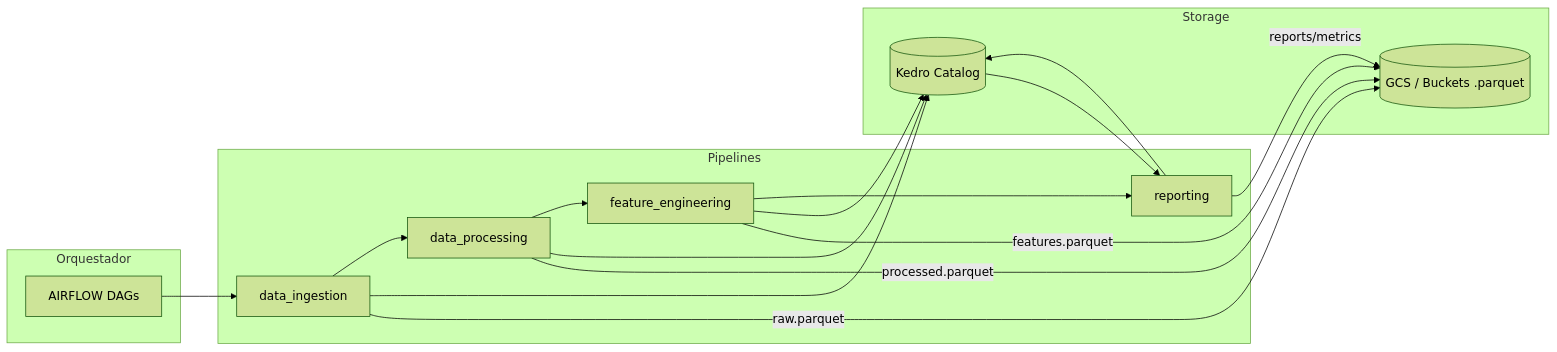
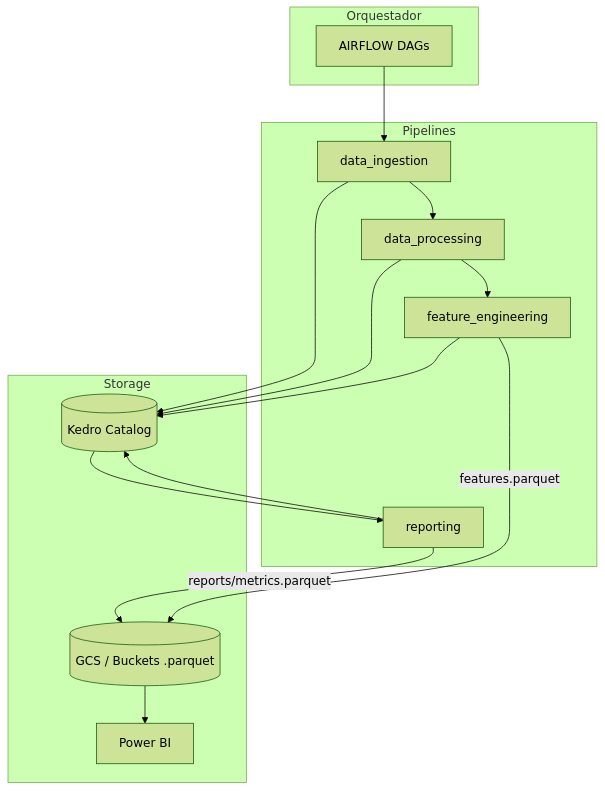
One commit to J-Lopez-IICG/Lomar-ModernStack changed the diagram in README.md. Above: the diagram before and after it, drawn with Mermaid (forest theme). The commit also changed other lines of this file, not shown here.

Commit message:
docs: readmev3

````diff
--- a/README.md
+++ b/README.md
@@ -29,36 +29,34 @@
 ```mermaid
-flowchart LR
-	subgraph Orquestador
-		Airflow[AIRFLOW DAGs]
-	end
+flowchart TB
+  subgraph Orquestador
+    Airflow[AIRFLOW DAGs]
+  end
 
-	subgraph Pipelines
-		DI[data_ingestion]
-		DP[data_processing]
-		FE[feature_engineering]
-		RP[reporting]
-	end
+  subgraph Pipelines
+    DI[data_ingestion]
+    DP[data_processing]
+    FE[feature_engineering]
+    RP[reporting]
+  end
 
-	subgraph Storage
-		GCS[(GCS / Buckets .parquet)]
-		Catalog[(Kedro Catalog)]
-	end
+  subgraph Storage
+    GCS[(GCS / Buckets .parquet)]
+    Catalog[(Kedro Catalog)]
+    PowerBI[Power BI]
+  end
 
-	Airflow --> DI
-	DI -->|raw.parquet| GCS
-	DI --> Catalog
-	DP -->|processed.parquet| GCS
-	DP --> Catalog
-	FE -->|features.parquet| GCS
-	FE --> Catalog
-	RP -->|reports/metrics| GCS
-	RP --> Catalog
+  Airflow --> DI
+  DI --> Catalog
+  DI --> DP
+  DP --> Catalog
+  DP --> FE
+  FE --> Catalog
+  FE -->|features.parquet| GCS
+  RP --> Catalog
+  RP -->|reports/metrics.parquet| GCS
+  GCS --> PowerBI
+  Catalog --> RP
 
-	DI --> DP
-	DP --> FE
-	FE --> RP
-	Catalog --> RP
-
-	click GCS "https://cloud.google.com/storage" "Google Cloud Storage"
-	click Catalog "conf/base/catalog.yml" "Ver catálogo"
+  click GCS "https://cloud.google.com/storage" "Google Cloud Storage"
+  click Catalog "conf/base/catalog.yml" "Ver catálogo"
 ```
````
